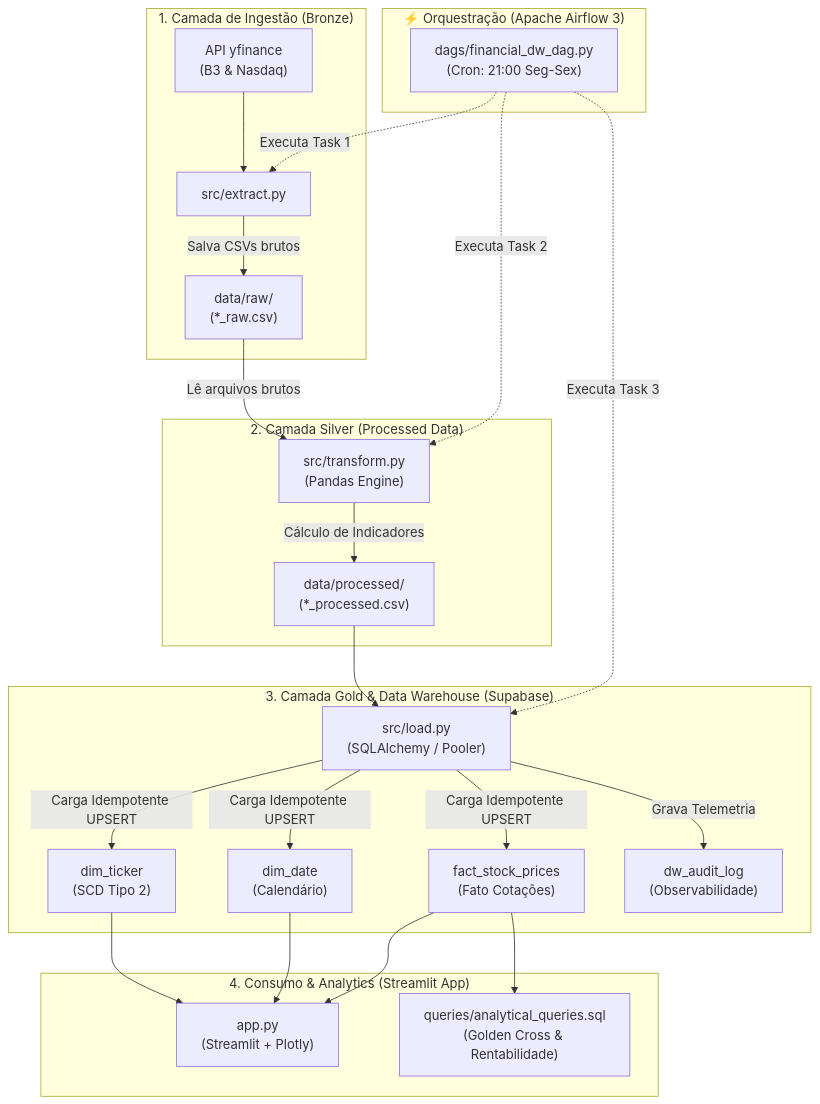
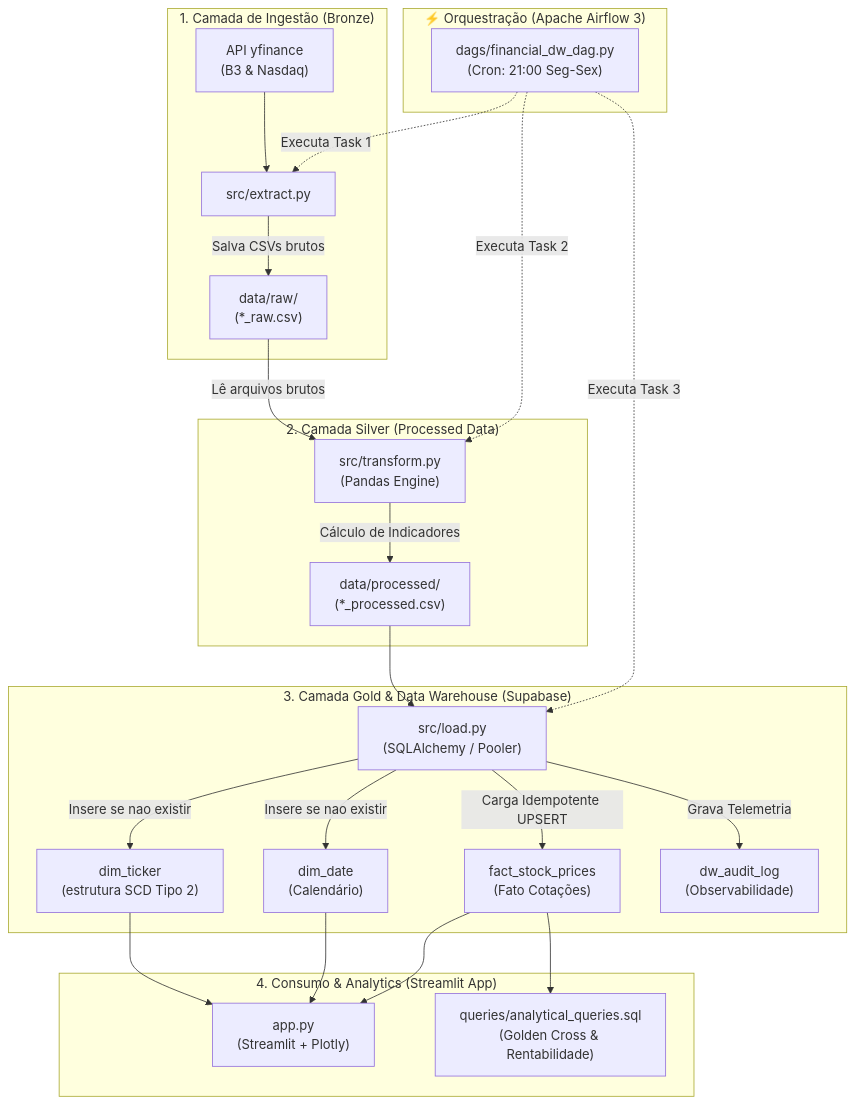
Before and after one commit to loweri/financial-etl-pipeline: the diagram in README.md, drawn with Mermaid. The commit also changed other lines of this file, not shown here.

Commit message:
docs: corrige as afirmações contraditórias do SCD tipo 2
Correção das afirmações do uso do SCD tipo 2 para a estruturação SCD tipo 2.

````diff
--- a/README.md
+++ b/README.md
@@ -51,48 +51,48 @@
 ```mermaid
 flowchart TD
     subgraph Orquestracao ["⚡ Orquestração (Apache Airflow 3)"]
         DAG["dags/financial_dw_dag.py\n(Cron: 21:00 Seg-Sex)"]
     end
 
     subgraph Ingestao ["1. Camada de Ingestão (Bronze)"]
         API["API yfinance\n(B3 & Nasdaq)"]
         PY_EXT["src/extract.py"]
         RAW["data/raw/\n(*_raw.csv)"]
         API --> PY_EXT
         PY_EXT -->|Salva CSVs brutos| RAW
     end
 
     subgraph Silver ["2. Camada Silver (Processed Data)"]
         PY_TRF["src/transform.py\n(Pandas Engine)"]
         PROC["data/processed/\n(*_processed.csv)"]
         RAW -->|Lê arquivos brutos| PY_TRF
         PY_TRF -->|Cálculo de Indicadores| PROC
     end
 
     subgraph Gold ["3. Camada Gold & Data Warehouse (Supabase)"]
         PY_LOAD["src/load.py\n(SQLAlchemy / Pooler)"]
-        DW_DIM_T["dim_ticker\n(SCD Tipo 2)"]
+        DW_DIM_T["dim_ticker\n(estrutura SCD Tipo 2)"]
         DW_DIM_D["dim_date\n(Calendário)"]
         DW_FACT["fact_stock_prices\n(Fato Cotações)"]
         DW_LOG["dw_audit_log\n(Observabilidade)"]
 
         PROC --> PY_LOAD
-        PY_LOAD -->|Carga Idempotente UPSERT| DW_DIM_T
-        PY_LOAD -->|Carga Idempotente UPSERT| DW_DIM_D
+        PY_LOAD -->|Insere se nao existir| DW_DIM_T
+        PY_LOAD -->|Insere se nao existir| DW_DIM_D
         PY_LOAD -->|Carga Idempotente UPSERT| DW_FACT
         PY_LOAD -->|Grava Telemetria| DW_LOG
     end
 
     subgraph Consumo ["4. Consumo & Analytics (Streamlit App)"]
         APP["app.py\n(Streamlit + Plotly)"]
         SQL_ANALYTICS["queries/analytical_queries.sql\n(Golden Cross & Rentabilidade)"]
         DW_FACT --> APP
         DW_DIM_T --> APP
         DW_DIM_D --> APP
         DW_FACT --> SQL_ANALYTICS
     end
 
     DAG -.->|Executa Task 1| PY_EXT
     DAG -.->|Executa Task 2| PY_TRF
     DAG -.->|Executa Task 3| PY_LOAD
 ```
````
